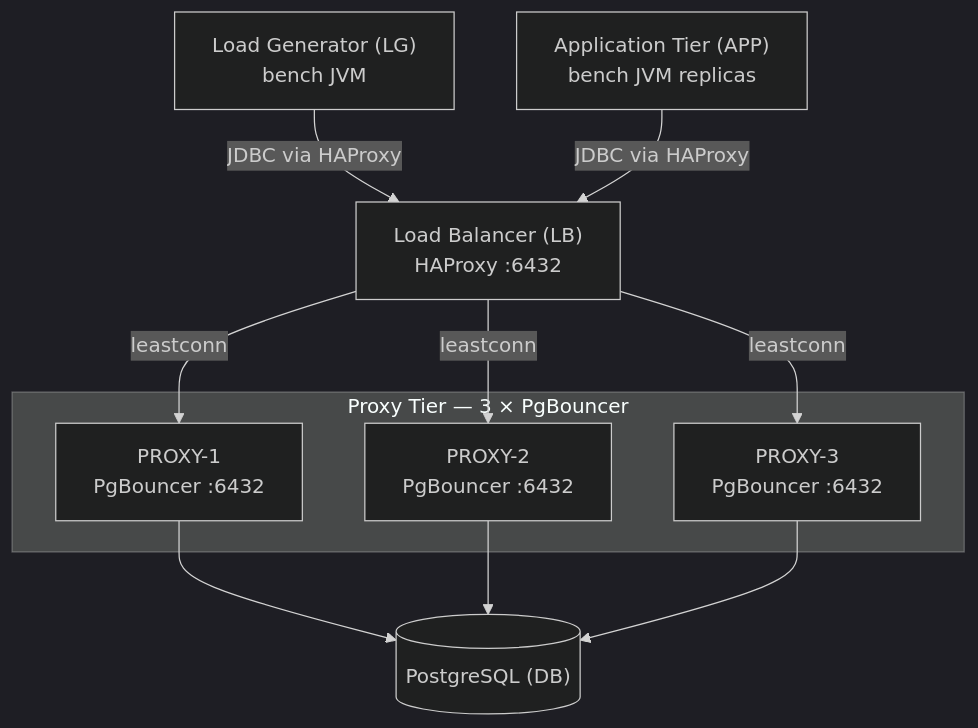
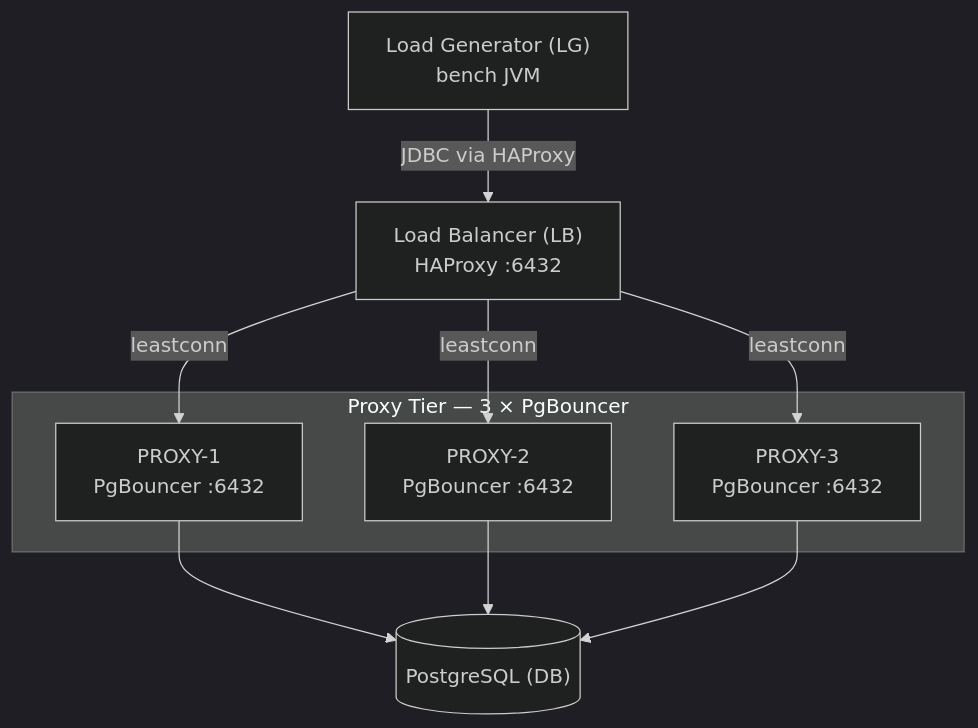
The first of 3 diagrams in docs/BENCHMARKING_GUIDE.md (rrobetti/stressar), drawn with Mermaid (dark theme) before and after one commit. The commit also changed other lines of this file, not shown here.

Commit message:
Clarify APP node role and add quick-reference test scenario table

````diff
--- a/docs/BENCHMARKING_GUIDE.md
+++ b/docs/BENCHMARKING_GUIDE.md
@@ -60,23 +66,21 @@
 ```mermaid
 graph TD
     LG["Load Generator (LG)\nbench JVM"]
-    APP["Application Tier (APP)\nbench JVM replicas"]
     LB["Load Balancer (LB)\nHAProxy :6432"]
 
     subgraph PROXY_TIER ["Proxy Tier — 3 × PgBouncer"]
         P1["PROXY-1\nPgBouncer :6432"]
         P2["PROXY-2\nPgBouncer :6432"]
         P3["PROXY-3\nPgBouncer :6432"]
     end
 
     DB[("PostgreSQL (DB)")]
 
     LG -- "JDBC via HAProxy" --> LB
-    APP -- "JDBC via HAProxy" --> LB
     LB -- "leastconn" --> P1
     LB -- "leastconn" --> P2
     LB -- "leastconn" --> P3
     P1 --> DB
     P2 --> DB
     P3 --> DB
 ```
````
